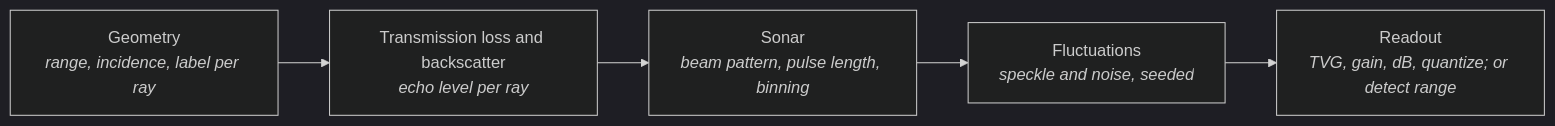
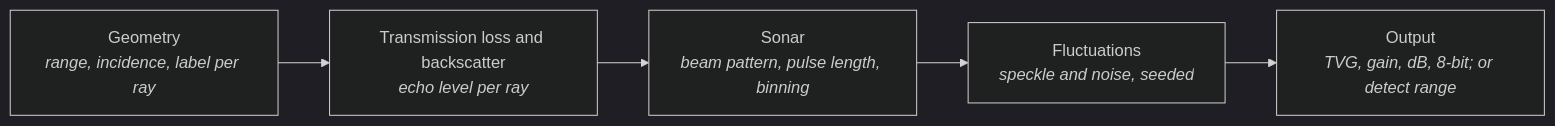
Before and after one commit to HonuRobotics/gz-maritime: the first of 2 diagrams in docs/design/sonar.md, drawn with Mermaid (dark theme). The commit also changed other lines of this file and 13 other files, not shown here.

````diff
--- a/docs/design/sonar.md
+++ b/docs/design/sonar.md
@@ -97,7 +97,7 @@
 ```mermaid
 flowchart LR
   G["Geometry<br/><i>range, incidence, label per ray</i>"] --> E["Transmission loss and backscatter<br/><i>echo level per ray</i>"]
   E --> B["Sonar<br/><i>beam pattern, pulse length, binning</i>"]
   B --> S["Fluctuations<br/><i>speckle and noise, seeded</i>"]
-  S --> R["Readout<br/><i>TVG, gain, dB, quantize; or detect range</i>"]
+  S --> R["Output<br/><i>TVG, gain, dB, 8-bit; or detect range</i>"]
 ```
````
